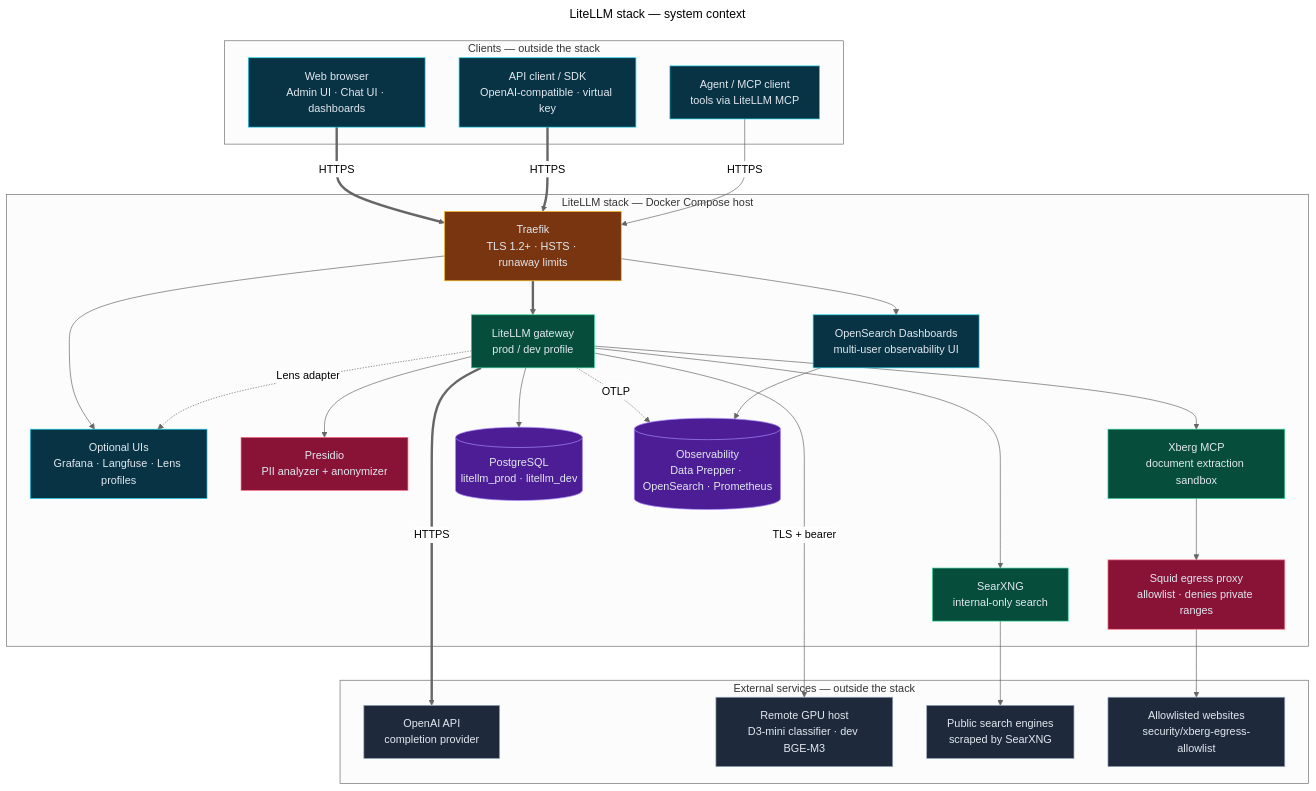
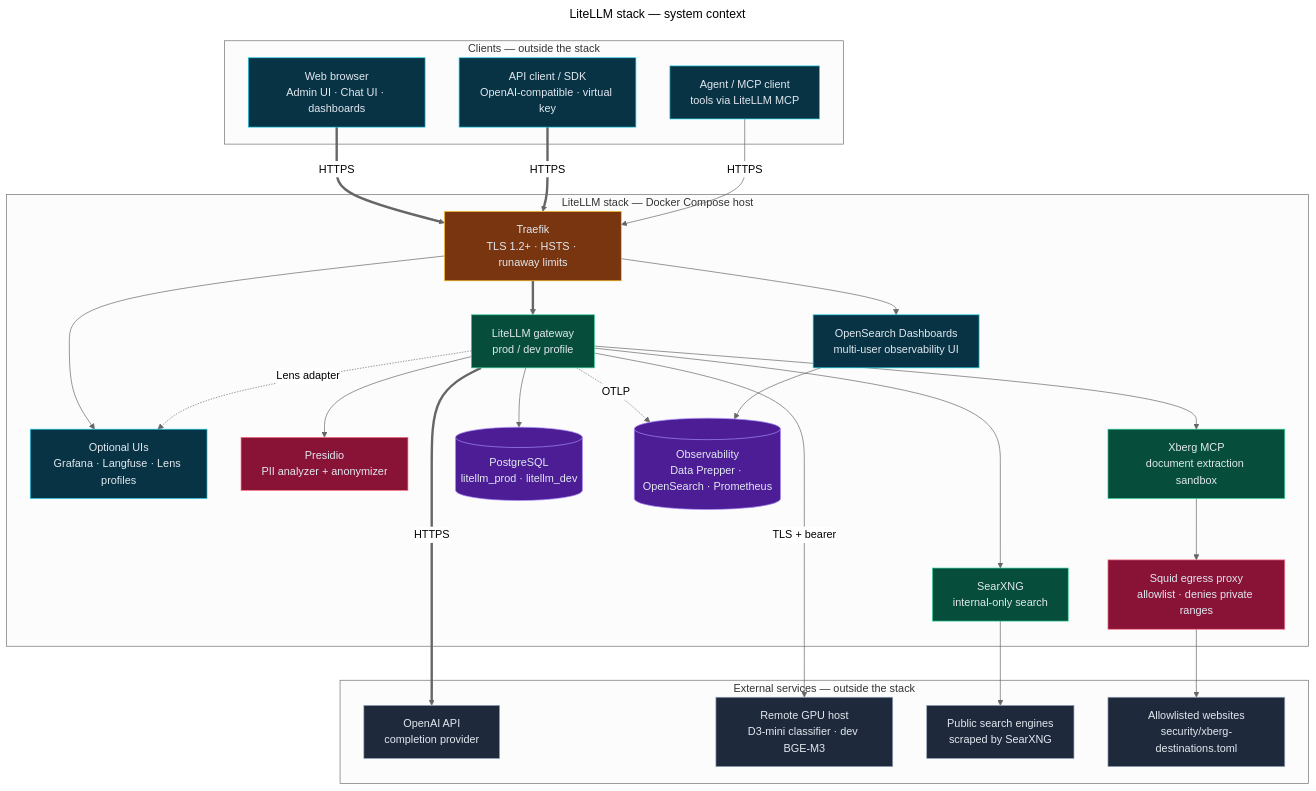
One commit to bella-1337/effective-spoon changed the diagram in diagrams/01-system-context.mmd. Above: the diagram before and after it, drawn with Mermaid (neutral theme). The commit also changed 18 other files, not shown here.

First line of the commit message:
Generate the Xberg allowlists from one destinations file

```diff
--- a/diagrams/01-system-context.mmd
+++ b/diagrams/01-system-context.mmd
@@ -1,64 +1,64 @@
 ---
 title: LiteLLM stack — system context
 ---
 flowchart TD
   %% Source for 01-system-context.html. Edit this file, then run ./scripts/render-diagrams.py.
   %% Directives: docs in diagrams/README.md (Updating diagrams).
   %% @mode architecture
   %% @subtitle Who calls the stack, what runs inside the Docker host, and which services live outside it
   %% @card cyan | Clients | Browsers, SDKs, and agents reach the stack only through Traefik over HTTPS | API clients authenticate to LiteLLM with a virtual key or the master key | Operators use OpenSearch Dashboards, plus Grafana, Langfuse, or Lens when enabled
   %% @card violet | Inside the stack | LiteLLM is the single gateway for models, search, MCP tools, and guardrails | Presidio, SearXNG, Xberg, PostgreSQL, and telemetry stay on internal networks | Every container log, metric, and trace lands in OpenSearch by default
   %% @card rose | Outside the stack | OpenAI serves completions; a separate GPU host runs D3-mini and dev BGE-M3 embeddings behind one TLS proxy trusted through its mkcert CA | SearXNG scrapes public engines — review their terms of use | Xberg reaches only allowlisted sites through the Squid egress proxy
   %% @journey #22d3ee: API TR LL OAI
   %% @journey #a78bfa: BR TR OSD OBS
   %% @journey #34d399: AG TR LL XB SQ WEB
 
   subgraph CL["Clients — outside the stack"]
     BR["Web browser<br/>Admin UI · Chat UI · dashboards"]:::frontend
     API["API client / SDK<br/>OpenAI-compatible · virtual key"]:::frontend
     AG["Agent / MCP client<br/>tools via LiteLLM MCP"]:::frontend
   end
   subgraph ST["LiteLLM stack — Docker Compose host"]
     TR["Traefik<br/>TLS 1.2+ · HSTS · runaway limits"]:::cloud
     LL["LiteLLM gateway<br/>prod / dev profile"]:::backend
     OSD["OpenSearch Dashboards<br/>multi-user observability UI"]:::frontend
     OPT["Optional UIs<br/>Grafana · Langfuse · Lens profiles"]:::frontend
     PR["Presidio<br/>PII analyzer + anonymizer"]:::security
     SX["SearXNG<br/>internal-only search"]:::backend
     XB["Xberg MCP<br/>document extraction sandbox"]:::backend
     PG[("PostgreSQL<br/>litellm_prod · litellm_dev")]:::database
     OBS[("Observability<br/>Data Prepper · OpenSearch · Prometheus")]:::database
     SQ["Squid egress proxy<br/>allowlist · denies private ranges"]:::security
   end
   subgraph EX["External services — outside the stack"]
     OAI["OpenAI API<br/>completion provider"]:::external
     D3["Remote GPU host<br/>D3-mini classifier · dev BGE-M3"]:::external
     SE["Public search engines<br/>scraped by SearXNG"]:::external
-    WEB["Allowlisted websites<br/>security/xberg-egress-allowlist"]:::external
+    WEB["Allowlisted websites<br/>security/xberg-destinations.toml"]:::external
   end
 
   BR ==>|"HTTPS"| TR
   API ==>|"HTTPS"| TR
   AG -->|"HTTPS"| TR
   TR ==> LL
   TR --> OSD
   TR --> OPT
   LL --> PR
   LL --> SX
   LL --> XB
   LL --> PG
   LL -.->|"OTLP"| OBS
   LL -.->|"Lens adapter"| OPT
   OSD --> OBS
   XB --> SQ
   LL ==>|"HTTPS"| OAI
   LL -->|"TLS + bearer"| D3
   SX --> SE
   SQ --> WEB
 
   classDef backend fill:#064e3b,stroke:#34d399,color:#e2e8f0
   classDef cloud fill:#78350f,stroke:#fbbf24,color:#e2e8f0
   classDef database fill:#4c1d95,stroke:#a78bfa,color:#e2e8f0
   classDef external fill:#1e293b,stroke:#94a3b8,color:#e2e8f0
   classDef frontend fill:#083344,stroke:#22d3ee,color:#e2e8f0
   classDef security fill:#881337,stroke:#fb7185,color:#e2e8f0
```
